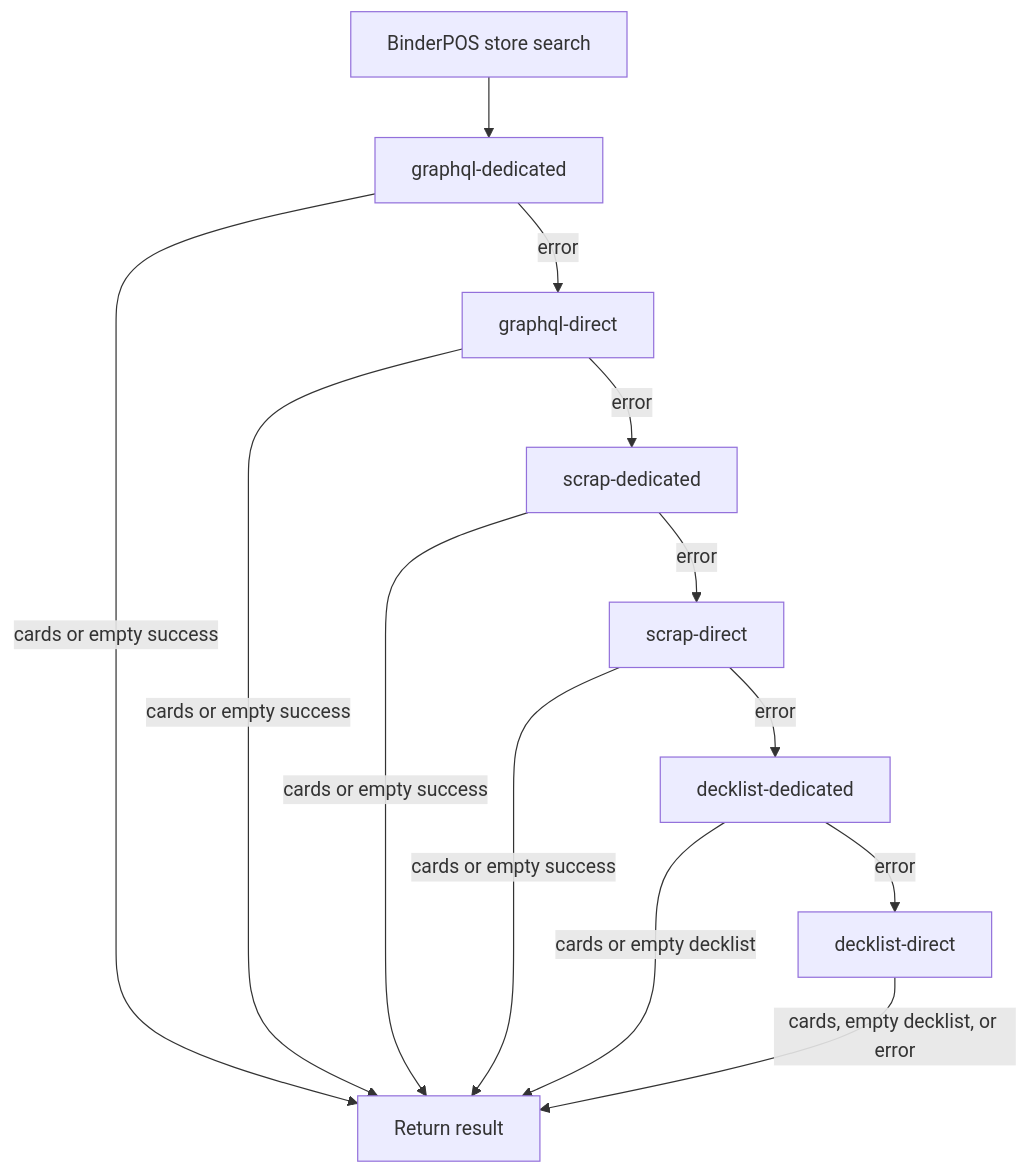
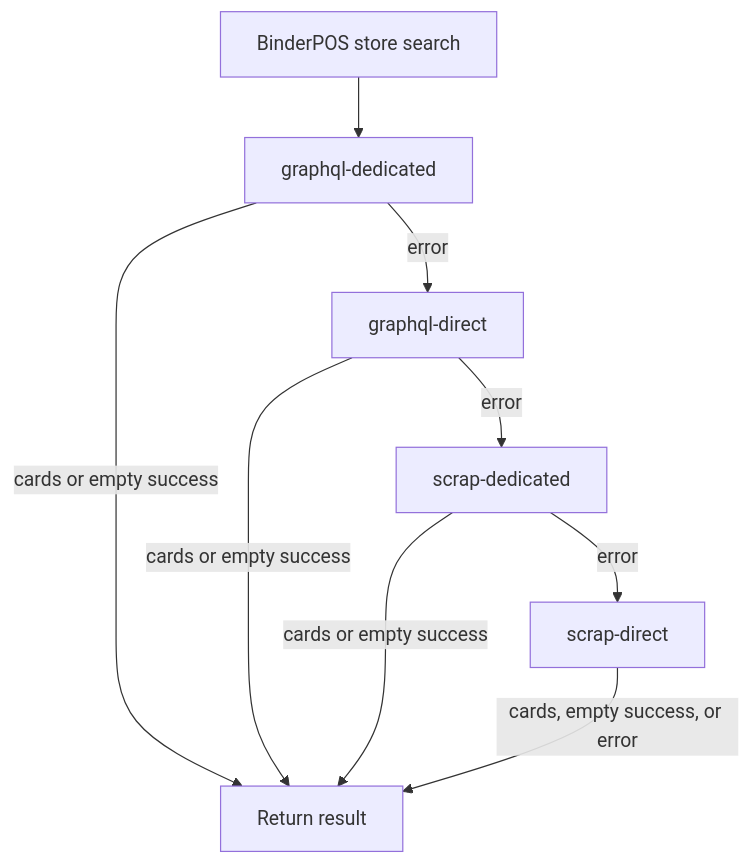
One commit to xenodus/gishathfetch changed the diagram in README.md. Above: the diagram before and after it, drawn with Mermaid. The commit also changed other lines of this file and 4 other files, not shown here.

````diff
--- a/README.md
+++ b/README.md
@@ -97,15 +100,11 @@
 ```mermaid
 flowchart TD
     A[BinderPOS store search] --> G1[graphql-dedicated]
     G1 -- error --> G2[graphql-direct]
     G2 -- error --> B[scrap-dedicated]
     B -- error --> C[scrap-direct]
-    C -- error --> F[decklist-dedicated]
-    F -- error --> G[decklist-direct]
     G1 -- cards or empty success --> E[Return result]
     G2 -- cards or empty success --> E
     B -- cards or empty success --> E
-    C -- cards or empty success --> E
-    F -- cards or empty decklist --> E
-    G -- cards, empty decklist, or error --> E
+    C -- cards, empty success, or error --> E
 ```
````
